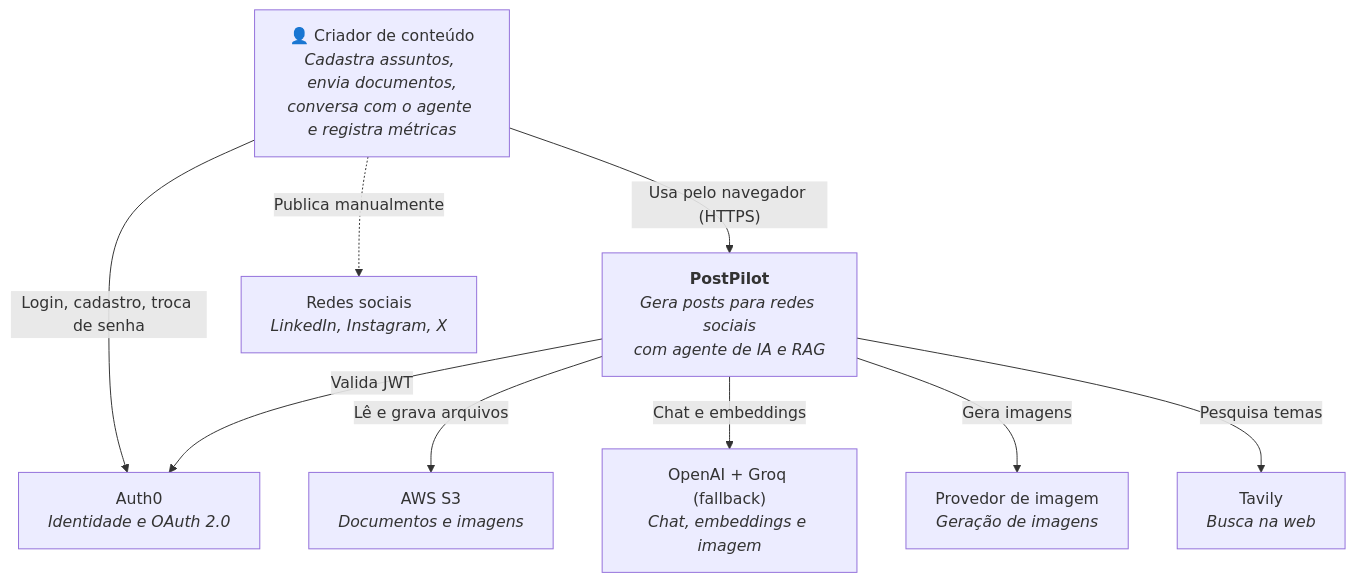
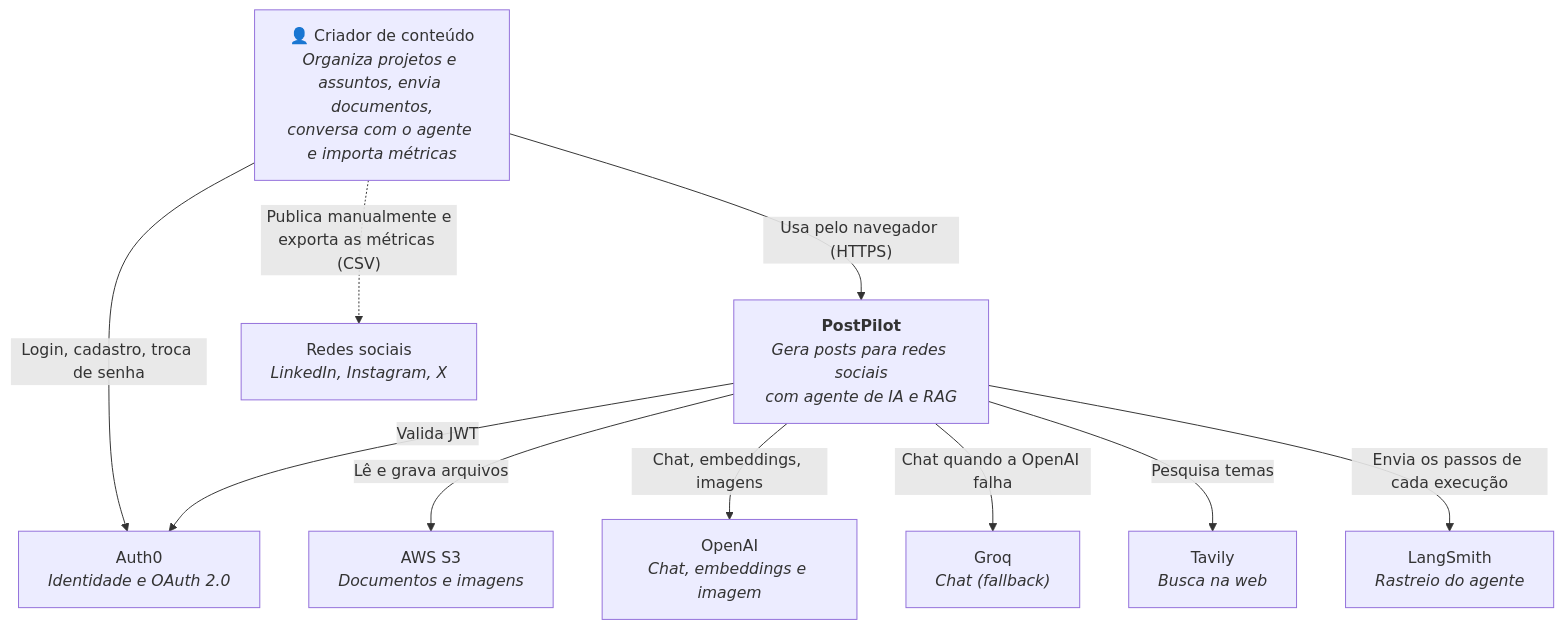
The first of 3 diagrams in _docs/arquitetura.md (JonasRocha189/postpilot-ai), drawn with Mermaid before and after one commit. The commit also changed other lines of this file and 20 other files, not shown here.

````diff
--- a/_docs/arquitetura.md
+++ b/_docs/arquitetura.md
@@ -9,22 +9,24 @@
 ```mermaid
 flowchart TB
-    usuario["👤 Criador de conteúdo<br/><i>Cadastra assuntos, envia documentos,<br/>conversa com o agente e registra métricas</i>"]
+    usuario["👤 Criador de conteúdo<br/><i>Organiza projetos e assuntos, envia documentos,<br/>conversa com o agente e importa métricas</i>"]
 
     postpilot["<b>PostPilot</b><br/><i>Gera posts para redes sociais<br/>com agente de IA e RAG</i>"]
 
     auth0["Auth0<br/><i>Identidade e OAuth 2.0</i>"]
     s3["AWS S3<br/><i>Documentos e imagens</i>"]
-    llm["OpenAI + Groq (fallback)<br/><i>Chat, embeddings e imagem</i>"]
-    img["Provedor de imagem<br/><i>Geração de imagens</i>"]
+    openai["OpenAI<br/><i>Chat, embeddings e imagem</i>"]
+    groq["Groq<br/><i>Chat (fallback)</i>"]
     web["Tavily<br/><i>Busca na web</i>"]
+    langsmith["LangSmith<br/><i>Rastreio do agente</i>"]
     redes["Redes sociais<br/><i>LinkedIn, Instagram, X</i>"]
 
     usuario -- "Usa pelo navegador (HTTPS)" --> postpilot
     usuario -- "Login, cadastro, troca de senha" --> auth0
-    usuario -. "Publica manualmente" .-> redes
+    usuario -. "Publica manualmente e<br/>exporta as métricas (CSV)" .-> redes
     postpilot -- "Valida JWT" --> auth0
     postpilot -- "Lê e grava arquivos" --> s3
-    postpilot -- "Chat e embeddings" --> llm
-    postpilot -- "Gera imagens" --> img
+    postpilot -- "Chat, embeddings, imagens" --> openai
+    postpilot -- "Chat quando a OpenAI falha" --> groq
     postpilot -- "Pesquisa temas" --> web
+    postpilot -- "Envia os passos de cada execução" --> langsmith
 ```
````
